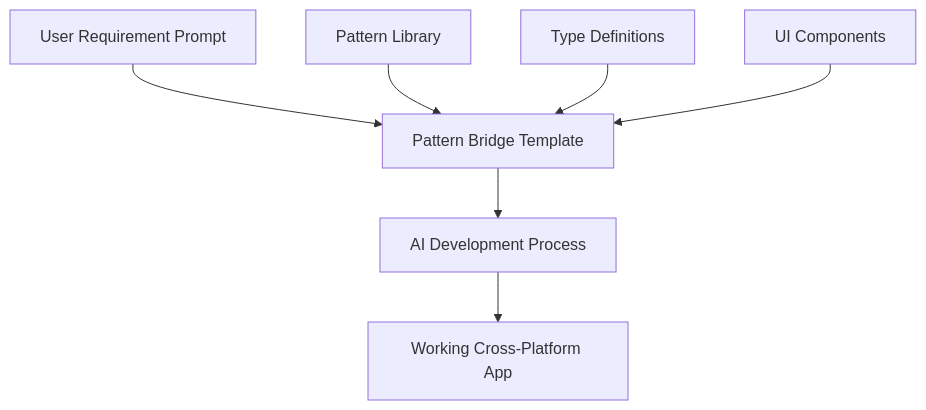
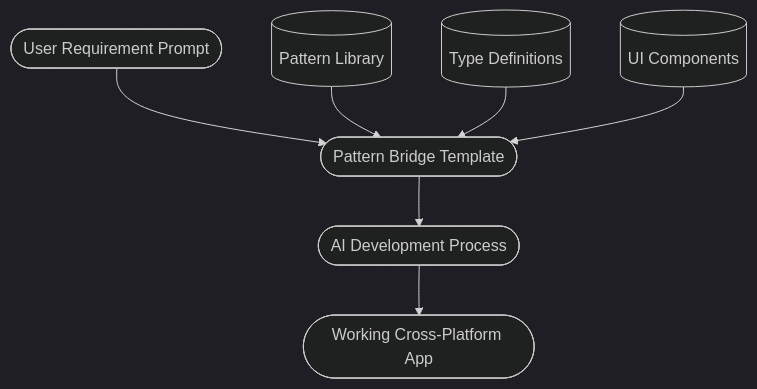
One commit to jackccrawford/pattern-bridge changed the first of 3 diagrams in docs/core-concepts/software-factory.md. Above: the diagram before and after it, drawn with Mermaid. The commit also changed other lines of this file and 22 other files, not shown here.

````diff
--- a/docs/core-concepts/software-factory.md
+++ b/docs/core-concepts/software-factory.md
@@ -7,9 +7,12 @@
 ```mermaid
+%%{init: {
+  'theme': 'dark'
+}}%%
 graph TD
-    A[User Requirement Prompt] --> B[Pattern Bridge Template]
-    B --> C[AI Development Process]
-    C --> D[Working Cross-Platform App]
-    E[Pattern Library] --> B
-    F[Type Definitions] --> B
-    G[UI Components] --> B
+    A([User Requirement Prompt]) --> B([Pattern Bridge Template])
+    B --> C([AI Development Process])
+    C --> D([Working Cross-Platform App])
+    E[(Pattern Library)] --> B
+    F[(Type Definitions)] --> B
+    G[(UI Components)] --> B
 ```
````
